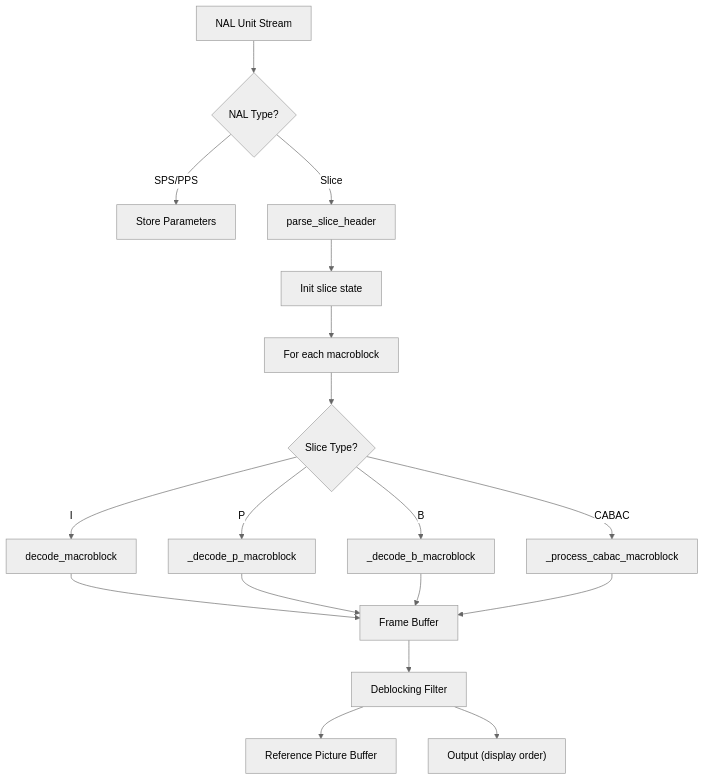
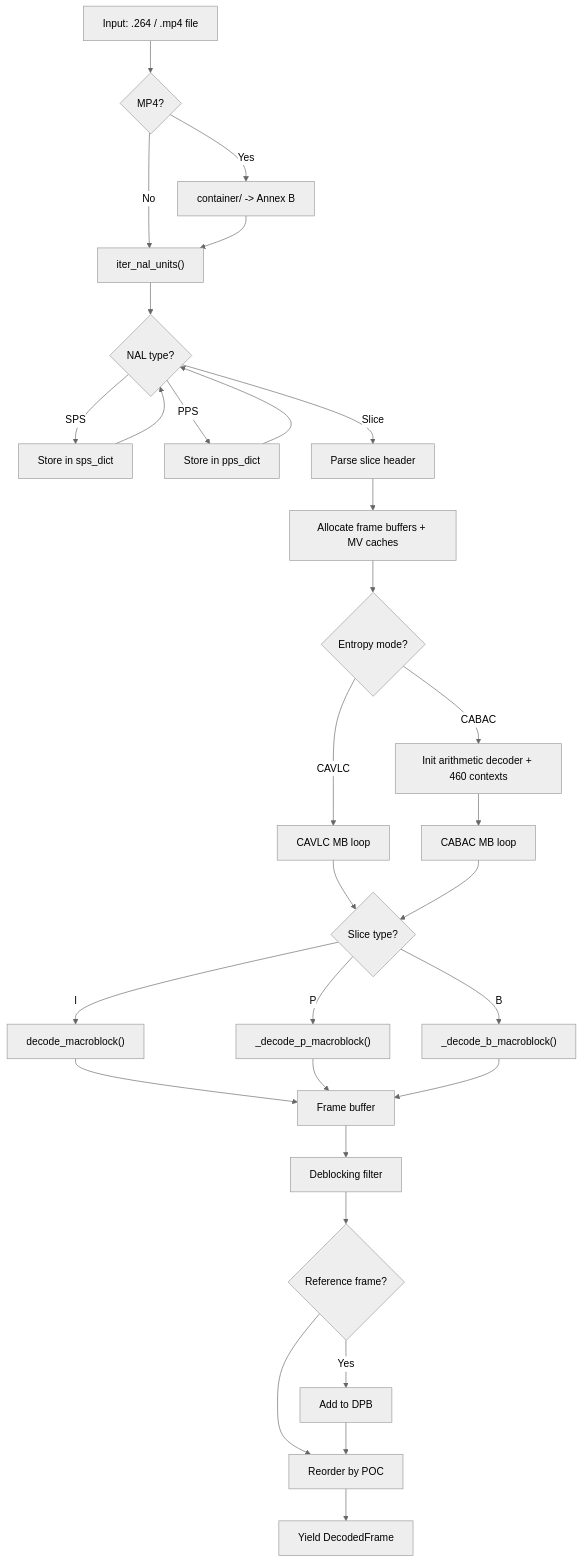
The diagram in decoder/README.md (abhiksark/python-h264-scratch), drawn with Mermaid (neutral theme) before and after one commit. The commit also changed other lines of this file and 13 other files, not shown here.

````diff
--- a/decoder/README.md
+++ b/decoder/README.md
@@ -37,20 +18,37 @@
 ```mermaid
 flowchart TD
-    NAL["NAL Unit Stream"] --> DISP{NAL Type?}
-    DISP -->|SPS/PPS| STORE["Store Parameters"]
-    DISP -->|Slice| SHDR["parse_slice_header"]
-    SHDR --> INIT["Init slice state"]
-    INIT --> MBLOOP["For each macroblock"]
-    MBLOOP --> ITYPE{Slice Type?}
-    ITYPE -->|I| IMB["decode_macroblock"]
-    ITYPE -->|P| PMB["_decode_p_macroblock"]
-    ITYPE -->|B| BMB["_decode_b_macroblock"]
-    ITYPE -->|CABAC| CMBI["_process_cabac_macroblock"]
-    IMB --> FRAME["Frame Buffer"]
-    PMB --> FRAME
-    BMB --> FRAME
-    CMBI --> FRAME
-    FRAME --> DBLK["Deblocking Filter"]
-    DBLK --> DPB["Reference Picture Buffer"]
-    DBLK --> OUTPUT["Output (display order)"]
+    INPUT["Input: .264 / .mp4 file"] --> DETECT{MP4?}
+    DETECT -->|Yes| DEMUX["container/ -> Annex B"]
+    DETECT -->|No| ITER["iter_nal_units()"]
+    DEMUX --> ITER
+
+    ITER --> DISP{NAL type?}
+    DISP -->|SPS| STORE_SPS["Store in sps_dict"]
+    DISP -->|PPS| STORE_PPS["Store in pps_dict"]
+    DISP -->|Slice| PARSE["Parse slice header"]
+    STORE_SPS --> DISP
+    STORE_PPS --> DISP
+
+    PARSE --> ALLOC["Allocate frame buffers + MV caches"]
+    ALLOC --> ENTROPY{Entropy mode?}
+    ENTROPY -->|CAVLC| CAVLC_LOOP["CAVLC MB loop"]
+    ENTROPY -->|CABAC| CABAC_INIT["Init arithmetic decoder + 460 contexts"]
+    CABAC_INIT --> CABAC_LOOP["CABAC MB loop"]
+
+    CAVLC_LOOP --> SLICE_TYPE{Slice type?}
+    CABAC_LOOP --> SLICE_TYPE
+    SLICE_TYPE -->|I| I_MB["decode_macroblock()"]
+    SLICE_TYPE -->|P| P_MB["_decode_p_macroblock()"]
+    SLICE_TYPE -->|B| B_MB["_decode_b_macroblock()"]
+
+    I_MB --> FRAME["Frame buffer"]
+    P_MB --> FRAME
+    B_MB --> FRAME
+
+    FRAME --> DEBLOCK["Deblocking filter"]
+    DEBLOCK --> DPB_CHECK{Reference frame?}
+    DPB_CHECK -->|Yes| DPB["Add to DPB"]
+    DPB_CHECK --> REORDER["Reorder by POC"]
+    DPB --> REORDER
+    REORDER --> OUTPUT["Yield DecodedFrame"]
 ```
````
